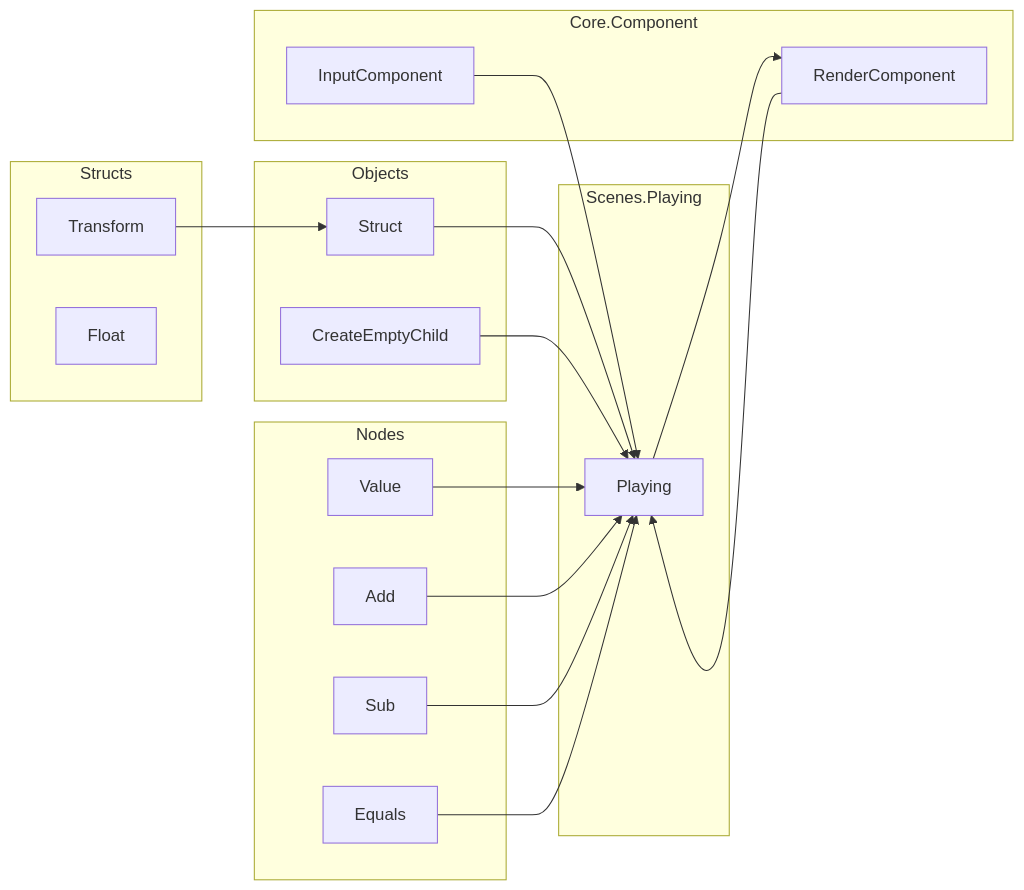
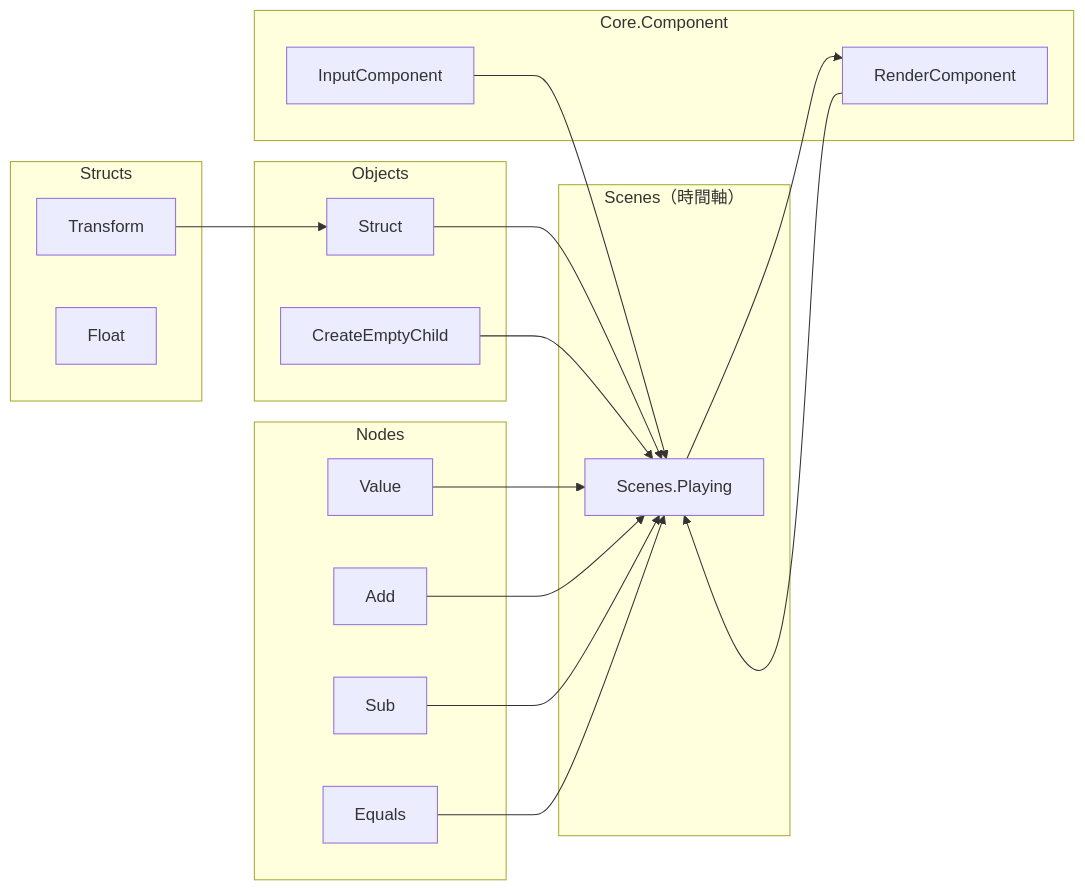
One commit to FRICK-ELDY/alchemy-engine changed the second of 7 diagrams in docs/architecture/formula-test-phase1-architecture.md. Above: the diagram before and after it, drawn with Mermaid. The commit also changed other lines of this file and 3 other files, not shown here.

Commit message:
docs(architecture): add Scene as first-class concept (Phase 1)

````diff
--- a/docs/architecture/formula-test-phase1-architecture.md
+++ b/docs/architecture/formula-test-phase1-architecture.md
@@ -122,39 +133,39 @@
 ```mermaid
 flowchart LR
     subgraph structs["Structs"]
         S1["Transform"]
         S2["Float"]
     end
 
     subgraph objects["Objects"]
         O1["Struct"]
         O2["CreateEmptyChild"]
     end
 
-    subgraph playing["Scenes.Playing"]
-        P["Playing"]
+    subgraph scenes["Scenes（時間軸）"]
+        P["Scenes.Playing"]
     end
 
     subgraph nodes["Nodes"]
         N1["Value"]
         N2["Add"]
         N3["Sub"]
         N4["Equals"]
     end
 
     subgraph components["Core.Component"]
         C1["InputComponent"]
         C2["RenderComponent"]
     end
 
     S1 --> O1
     O1 --> P
     O2 --> P
     N1 --> P
     N2 --> P
     N3 --> P
     N4 --> P
     C1 --> P
     C2 --> P
     P --> C2
 ```
````
